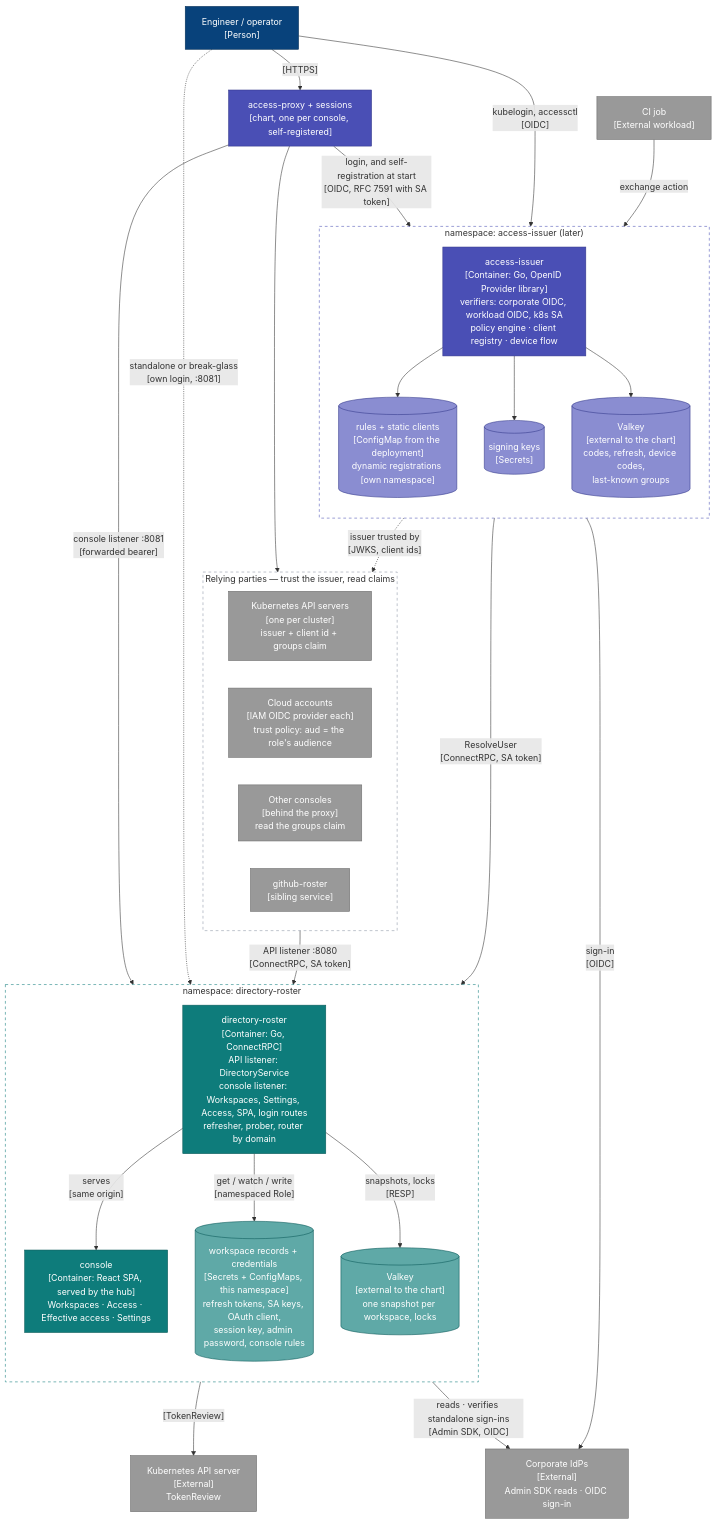
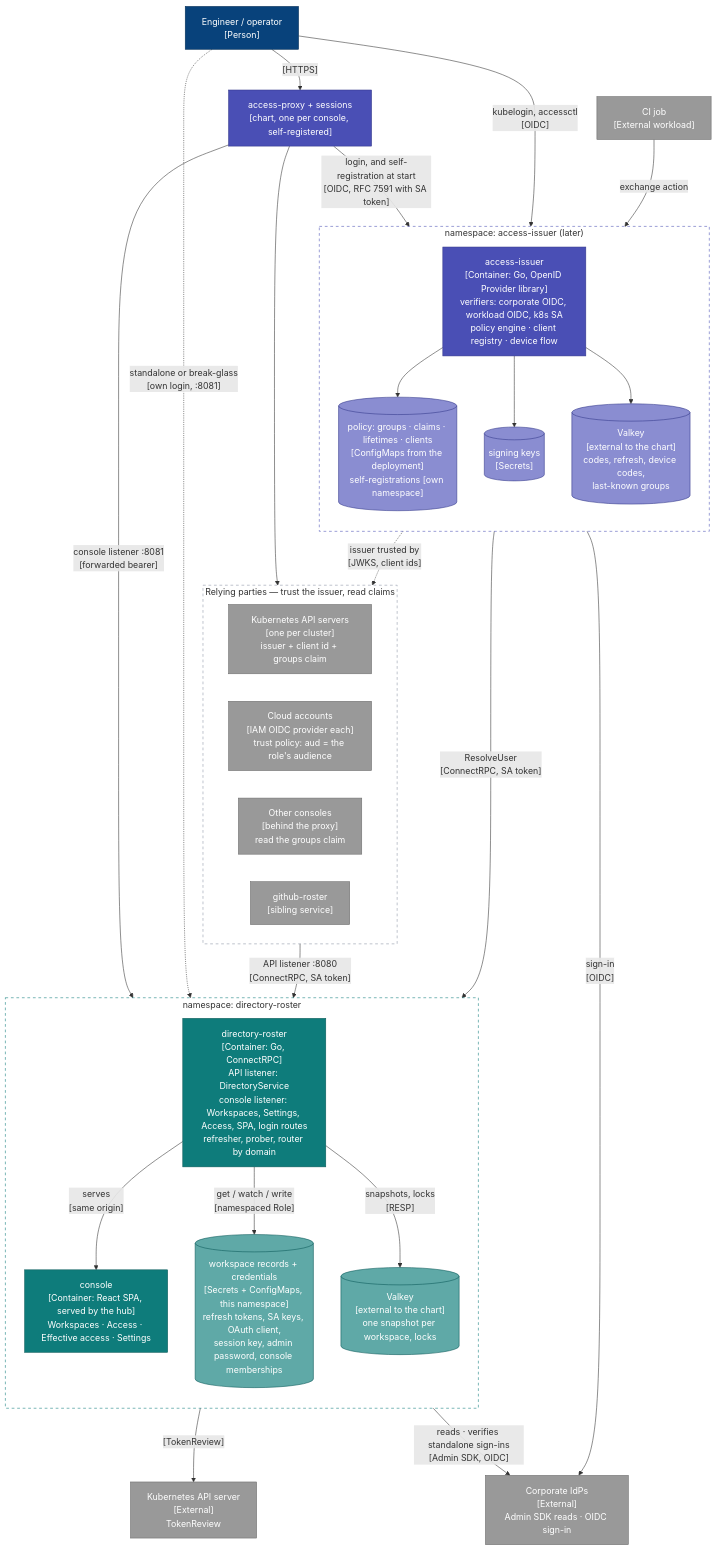
Before and after one commit to truvity/access-roster: the second of 11 diagrams in docs/architecture.md, drawn with Mermaid. The commit also changed other lines of this file and 21 other files, not shown here.

````diff
--- a/docs/architecture.md
+++ b/docs/architecture.md
@@ -81,64 +81,64 @@
 ```mermaid
 flowchart TB
   eng["Engineer / operator<br/>[Person]"]:::person
   ci["CI job<br/>[External workload]"]:::ext
   proxy["access-proxy + sessions<br/>[chart, one per console, self-registered]"]:::token
   idp["Corporate IdPs<br/>[External]<br/>Admin SDK reads · OIDC sign-in"]:::ext
   kapi["Kubernetes API server<br/>[External]<br/>TokenReview"]:::ext
 
   subgraph nsTs["namespace: access-issuer (later)"]
     direction TB
     ts["access-issuer<br/>[Container: Go, OpenID Provider library]<br/>verifiers: corporate OIDC, workload OIDC, k8s SA<br/>policy engine · client registry · device flow"]:::token
-    rules[("rules + static clients<br/>[ConfigMap from the deployment]<br/>dynamic registrations [own namespace]")]:::tokenStore
+    policyStore[("policy: groups · claims · lifetimes · clients<br/>[ConfigMaps from the deployment]<br/>self-registrations [own namespace]")]:::tokenStore
     keys[("signing keys<br/>[Secrets]")]:::tokenStore
     tsv[("Valkey<br/>[external to the chart]<br/>codes, refresh, device codes,<br/>last-known groups")]:::tokenStore
   end
 
   subgraph nsHub["namespace: directory-roster"]
     direction TB
     hub["directory-roster<br/>[Container: Go, ConnectRPC]<br/>API listener: DirectoryService<br/>console listener: Workspaces, Settings, Access, SPA, login routes<br/>refresher, prober, router by domain"]:::hub
     spa["console<br/>[Container: React SPA, served by the hub]<br/>Workspaces · Access · Effective access · Settings"]:::hub
-    k8s[("workspace records + credentials<br/>[Secrets + ConfigMaps, this namespace]<br/>refresh tokens, SA keys, OAuth client,<br/>session key, admin password, console rules")]:::hubStore
+    k8s[("workspace records + credentials<br/>[Secrets + ConfigMaps, this namespace]<br/>refresh tokens, SA keys, OAuth client,<br/>session key, admin password, console memberships")]:::hubStore
     hv[("Valkey<br/>[external to the chart]<br/>one snapshot per workspace, locks")]:::hubStore
   end
 
   subgraph rp["Relying parties — trust the issuer, read claims"]
     direction LR
     k8sapi["Kubernetes API servers<br/>[one per cluster]<br/>issuer + client id + groups claim"]:::ext
     cloud["Cloud accounts<br/>[IAM OIDC provider each]<br/>trust policy: aud = the role's audience"]:::ext
     consoles["Other consoles<br/>[behind the proxy]<br/>read the groups claim"]:::ext
     roster["github-roster<br/>[sibling service]"]:::ext
   end
 
   eng -- "[HTTPS]" --> proxy
   proxy -- "login, and self-registration at start<br/>[OIDC, RFC 7591 with SA token]" --> ts
   proxy -- "console listener :8081<br/>[forwarded bearer]" --> hub
   proxy --> consoles
   eng -. "standalone or break-glass<br/>[own login, :8081]" .-> hub
   eng -- "kubelogin, accessctl<br/>[OIDC]" --> ts
   ci -- "exchange action" --> ts
   ts -- "sign-in<br/>[OIDC]" --> idp
   ts -- "ResolveUser<br/>[ConnectRPC, SA token]" --> hub
-  ts --> rules
+  ts --> policyStore
   ts --> keys
   ts --> tsv
   ts -. "issuer trusted by<br/>[JWKS, client ids]" .-> rp
   hub -- "serves<br/>[same origin]" --> spa
   hub -- "[TokenReview]" --> kapi
   hub -- "get / watch / write<br/>[namespaced Role]" --> k8s
   hub -- "snapshots, locks<br/>[RESP]" --> hv
   hub -- "reads · verifies standalone sign-ins<br/>[Admin SDK, OIDC]" --> idp
   roster -- "API listener :8080<br/>[ConnectRPC, SA token]" --> hub
 
   classDef person fill:#08427b,stroke:#052e56,color:#fff
   classDef system fill:#1168bd,stroke:#0b4884,color:#fff
   classDef ext fill:#999999,stroke:#6b6b6b,color:#fff
   classDef hub fill:#0E7C7B,stroke:#0A5958,color:#fff
   classDef hubStore fill:#5FA9A7,stroke:#0A5958,color:#fff
   classDef token fill:#4A4FB5,stroke:#33378A,color:#fff
   classDef tokenStore fill:#8A8DD1,stroke:#33378A,color:#fff
   classDef component fill:#85bbf0,stroke:#5d82a8,color:#000
   style nsTs fill:none,stroke:#4A4FB5,stroke-dasharray:5 5
   style nsHub fill:none,stroke:#0E7C7B,stroke-dasharray:5 5
   style rp fill:none,stroke:#8A93A3,stroke-dasharray:5 5
 ```
````
